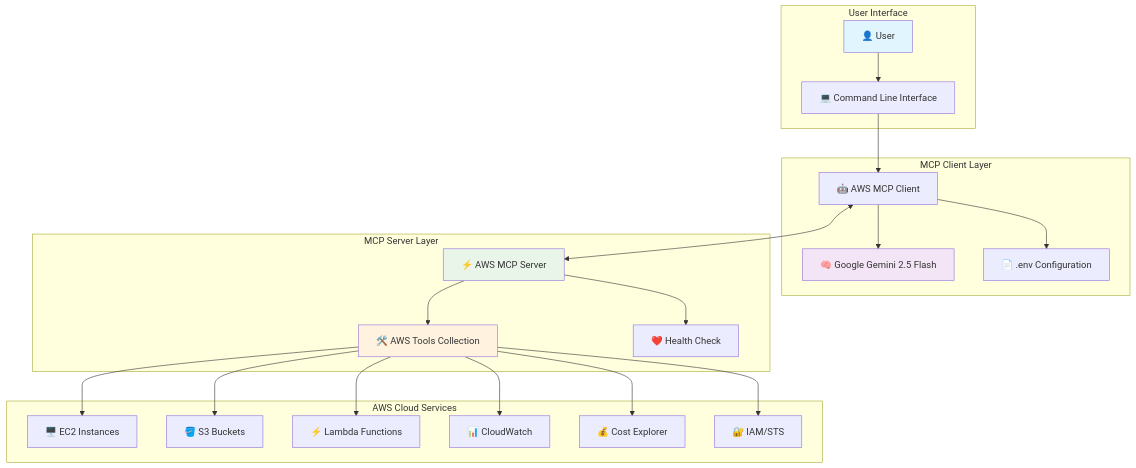
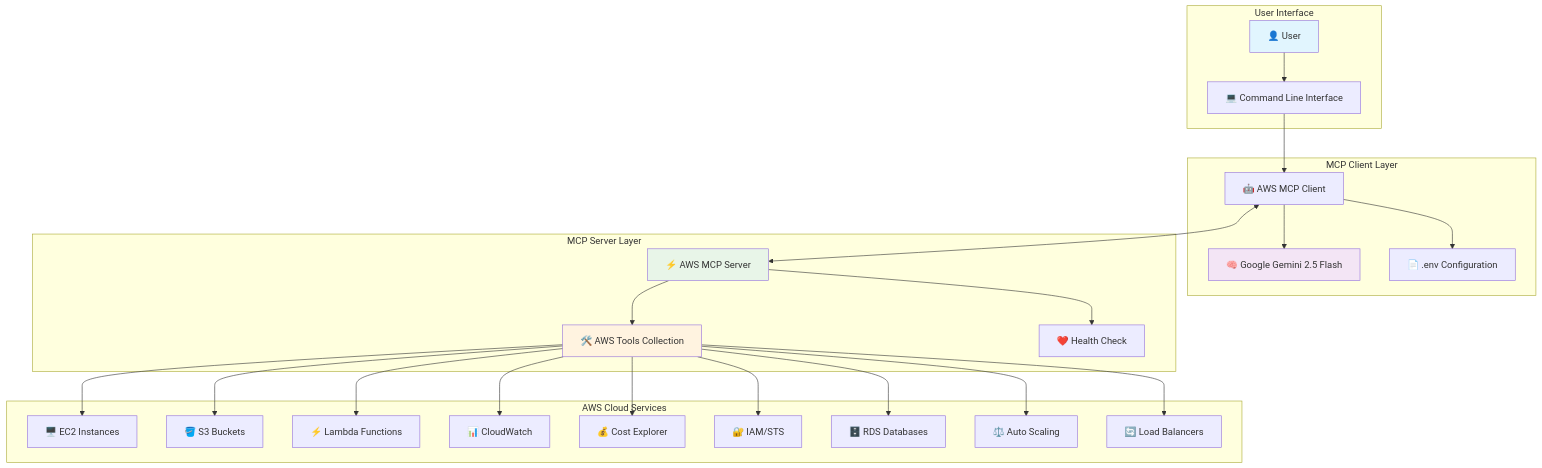
Before and after one commit to MohanRamadoss/mcpdemo: the first of 7 diagrams in mcp-aws-cloud/README.md, drawn with Mermaid. The commit also changed other lines of this file, not shown here.

````diff
--- a/mcp-aws-cloud/README.md
+++ b/mcp-aws-cloud/README.md
@@ -13,47 +13,53 @@
 ```mermaid
 graph TB
     subgraph "User Interface"
         USER[👤 User]
         CLI[💻 Command Line Interface]
     end
     
     subgraph "MCP Client Layer"
         CLIENT[🤖 AWS MCP Client]
         GEMINI[🧠 Google Gemini 2.5 Flash]
         ENV[📄 .env Configuration]
     end
     
     subgraph "MCP Server Layer"
         SERVER[⚡ AWS MCP Server]
         TOOLS[🛠️ AWS Tools Collection]
         HEALTH[❤️ Health Check]
     end
     
     subgraph "AWS Cloud Services"
         EC2[🖥️ EC2 Instances]
         S3[🪣 S3 Buckets]
         LAMBDA[⚡ Lambda Functions]
         CW[📊 CloudWatch]
         COSTS[💰 Cost Explorer]
         IAM[🔐 IAM/STS]
+        RDS[🗄️ RDS Databases]
+        ASG[⚖️ Auto Scaling]
+        ELB[🔄 Load Balancers]
     end
     
     USER --> CLI
     CLI --> CLIENT
     CLIENT --> GEMINI
     CLIENT --> ENV
     CLIENT <--> SERVER
     SERVER --> TOOLS
     SERVER --> HEALTH
     TOOLS --> EC2
     TOOLS --> S3
     TOOLS --> LAMBDA
     TOOLS --> CW
     TOOLS --> COSTS
     TOOLS --> IAM
+    TOOLS --> RDS
+    TOOLS --> ASG
+    TOOLS --> ELB
     
     style USER fill:#e1f5fe
     style GEMINI fill:#f3e5f5
     style SERVER fill:#e8f5e8
     style TOOLS fill:#fff3e0
 ```
````
